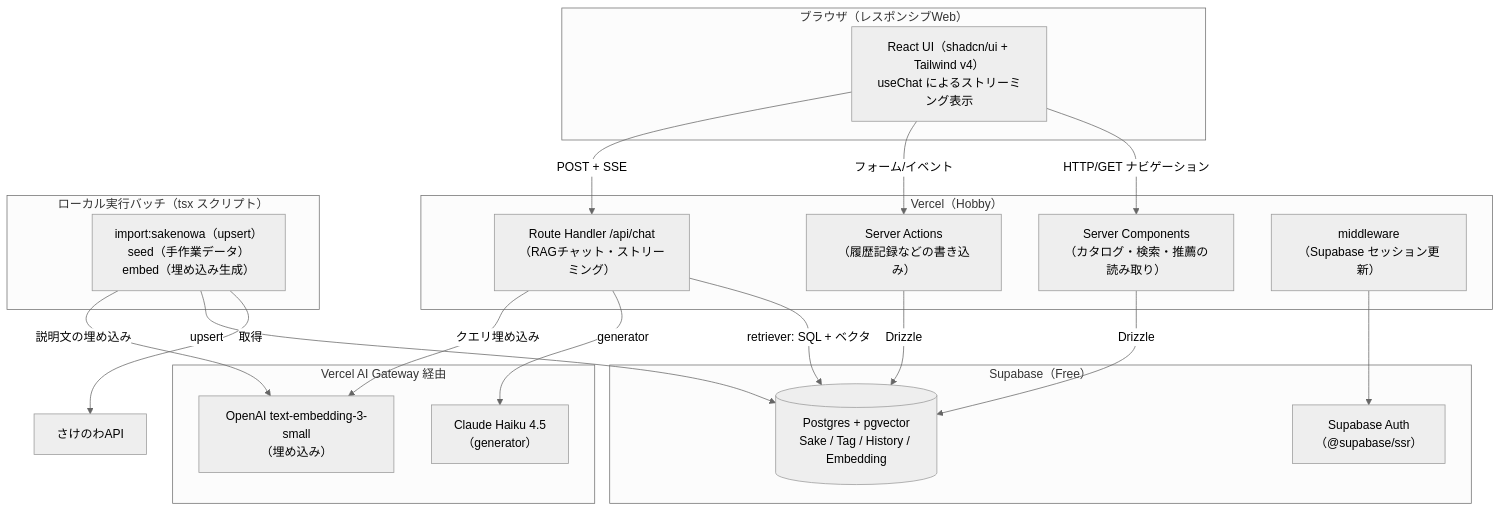
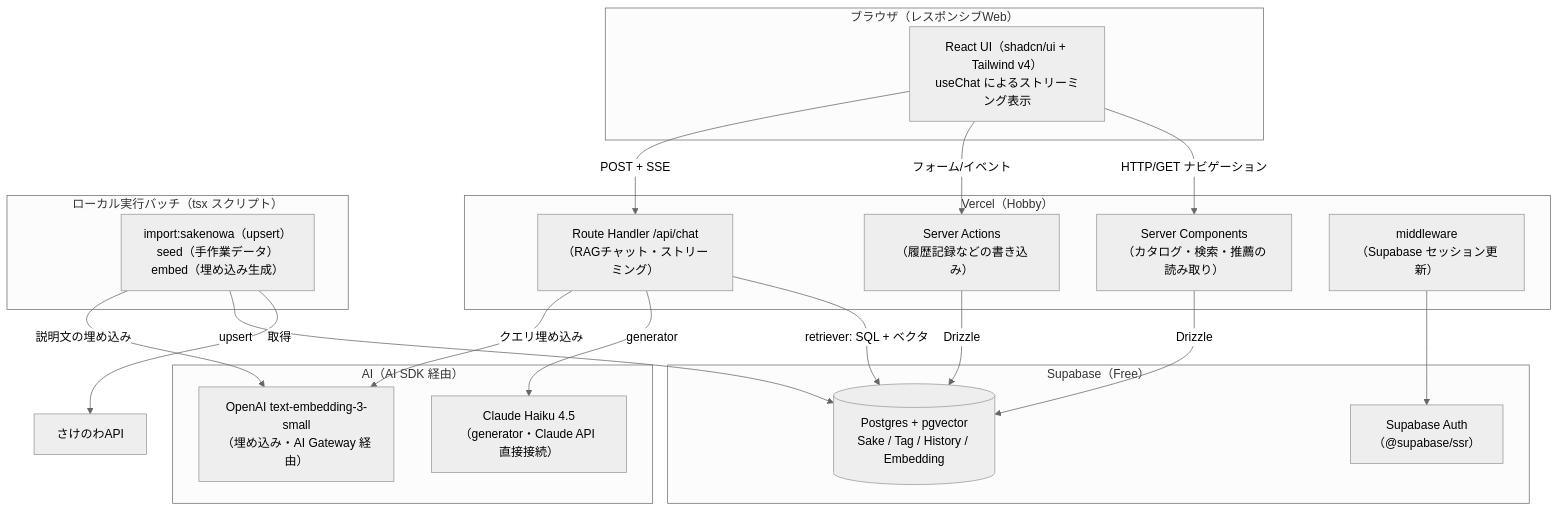
One commit to KuwadaKouhei/Jizake changed the first of 4 diagrams in docs/DESIGN.md. Above: the diagram before and after it, drawn with Mermaid (neutral theme). The commit also changed other lines of this file and 13 other files, not shown here.

First line of the commit message:
feat: チャット LLM を AI Gateway 経由から Claude API 直接接続へ変更

````diff
--- a/docs/DESIGN.md
+++ b/docs/DESIGN.md
@@ -17,42 +17,42 @@
 ```mermaid
 graph TB
     subgraph Client["ブラウザ（レスポンシブWeb）"]
         UI["React UI（shadcn/ui + Tailwind v4）<br/>useChat によるストリーミング表示"]
     end
 
     subgraph Vercel["Vercel（Hobby）"]
         RSC["Server Components<br/>（カタログ・検索・推薦の読み取り）"]
         SA["Server Actions<br/>（履歴記録などの書き込み）"]
         RH["Route Handler /api/chat<br/>（RAGチャット・ストリーミング）"]
         MW["middleware<br/>（Supabase セッション更新）"]
     end
 
     subgraph Supabase["Supabase（Free）"]
         PG[("Postgres + pgvector<br/>Sake / Tag / History / Embedding")]
         AUTH["Supabase Auth<br/>（@supabase/ssr）"]
     end
 
-    subgraph AI["Vercel AI Gateway 経由"]
-        LLM["Claude Haiku 4.5<br/>（generator）"]
-        EMB["OpenAI text-embedding-3-small<br/>（埋め込み）"]
+    subgraph AI["AI（AI SDK 経由）"]
+        LLM["Claude Haiku 4.5<br/>（generator・Claude API 直接接続）"]
+        EMB["OpenAI text-embedding-3-small<br/>（埋め込み・AI Gateway 経由）"]
     end
 
     subgraph Batch["ローカル実行バッチ（tsx スクリプト）"]
         IMP["import:sakenowa（upsert）<br/>seed（手作業データ）<br/>embed（埋め込み生成）"]
     end
 
     SAKENOWA["さけのわAPI"]
 
     UI -->|HTTP/GET ナビゲーション| RSC
     UI -->|フォーム/イベント| SA
     UI -->|POST + SSE| RH
     MW --> AUTH
     RSC -->|Drizzle| PG
     SA -->|Drizzle| PG
     RH -->|retriever: SQL + ベクタ| PG
     RH -->|generator| LLM
     RH -->|クエリ埋め込み| EMB
     IMP -->|取得| SAKENOWA
     IMP -->|upsert| PG
     IMP -->|説明文の埋め込み| EMB
 ```
````
